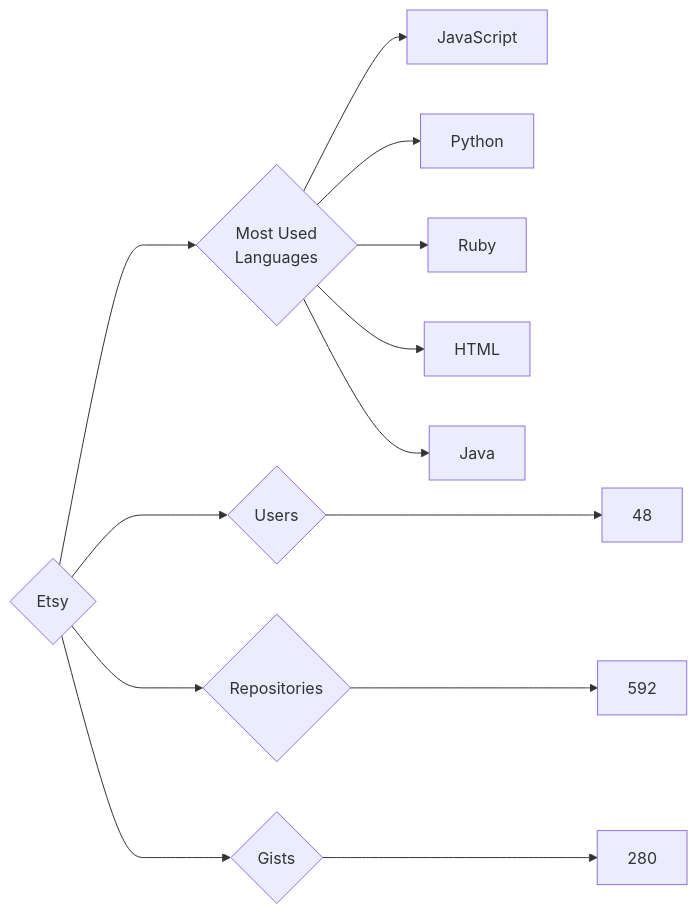
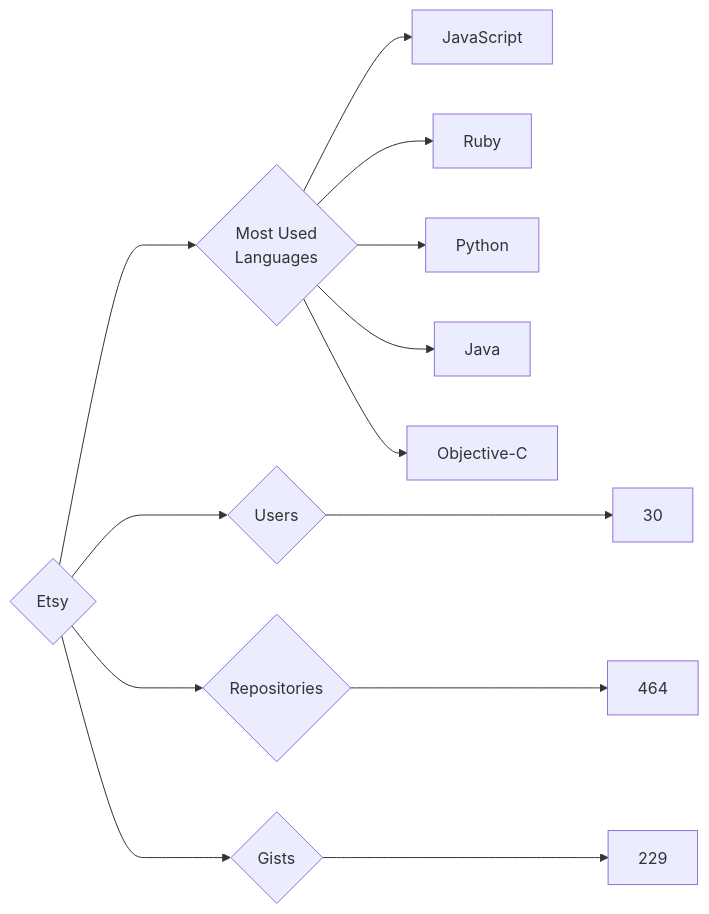
The diagram in targets/Etsy/README.md (trickest/insiders), drawn with Mermaid before and after one commit. The commit also changed 912 other files, not shown here.

````diff
--- a/targets/Etsy/README.md
+++ b/targets/Etsy/README.md
@@ -3,13 +3,13 @@
 ```mermaid
 graph LR
 COMPANY_NAME{Etsy}
-COMPANY_NAME ---> U{Users} ---> UN[48]
-COMPANY_NAME ---> R{Repositories} ---> RN[592]
-COMPANY_NAME ---> G{Gists} ---> GN[280]
+COMPANY_NAME ---> U{Users} ---> UN[30]
+COMPANY_NAME ---> R{Repositories} ---> RN[464]
+COMPANY_NAME ---> G{Gists} ---> GN[229]
 COMPANY_NAME ---> ML{Most Used<br>Languages}
 ML --> JavaScript[JavaScript]
+ML --> Ruby[Ruby]
 ML --> Python[Python]
-ML --> Ruby[Ruby]
-ML --> HTML[HTML]
 ML --> Java[Java]
+ML --> Objective-C[Objective-C]
 ```
````
